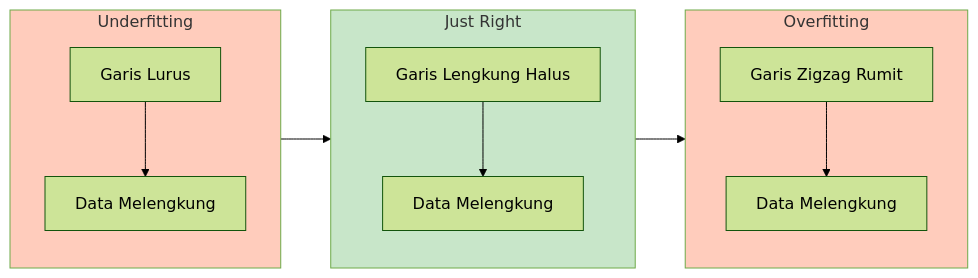
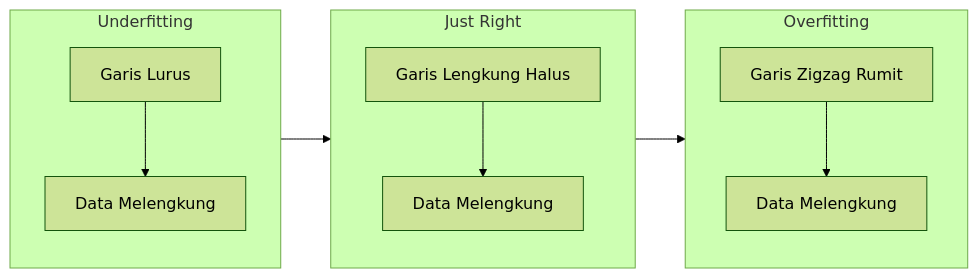
One commit to antonprafanto/dasarAI2026 changed the sixth of 10 diagrams in bab-05-machine-learning.md. Above: the diagram before and after it, drawn with Mermaid (forest theme). The commit also changed other lines of this file and 8 other files, not shown here.

Commit message:
Fix: Remove custom Mermaid styling for better dark mode visibility

````diff
--- a/bab-05-machine-learning.md
+++ b/bab-05-machine-learning.md
@@ -412,22 +400,19 @@
 ```mermaid
 graph LR
     subgraph UF [Underfitting]
     direction TB
     G1[Garis Lurus] --> D1[Data Melengkung]
-    style UF fill:#ffccbc
     end
 
     subgraph JR [Just Right]
     direction TB
     G2[Garis Lengkung Halus] --> D2[Data Melengkung]
-    style JR fill:#c8e6c9
     end
 
     subgraph OF [Overfitting]
     direction TB
     G3[Garis Zigzag Rumit] --> D3[Data Melengkung]
-    style OF fill:#ffccbc
     end
 
     UF --> JR --> OF
 ```
````
